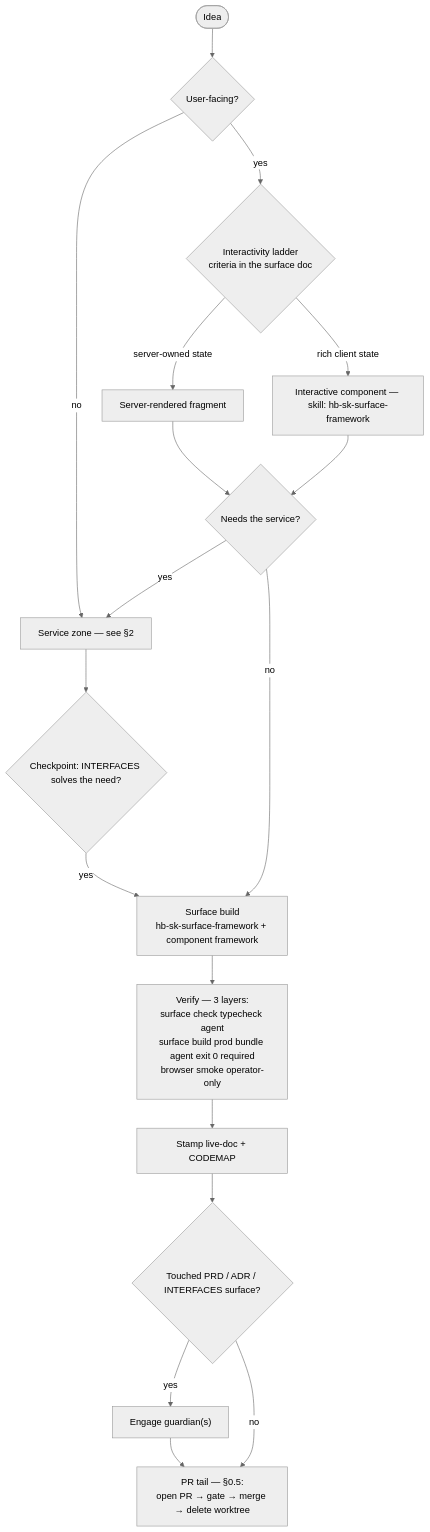
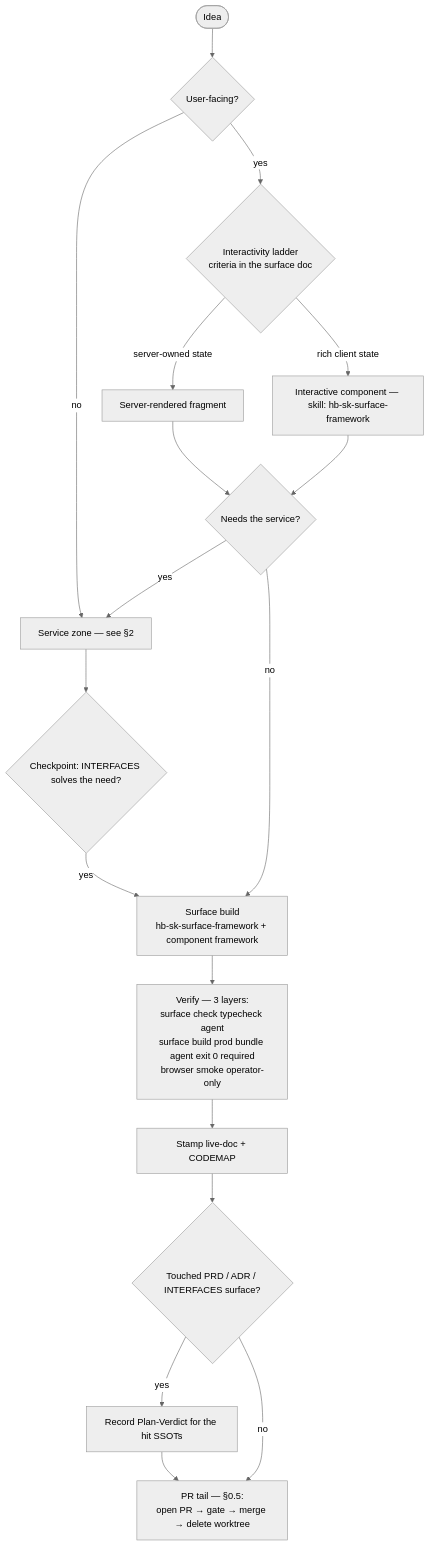
Before and after one commit to kodexArg/harness-base: the fourth of 7 diagrams in docs/DEVELOPMENT-LOOP.md, drawn with Mermaid (neutral theme). The commit also changed other lines of this file and 32 other files, not shown here.

First line of the commit message:
fix(harness): record SSOT merge-gate as Plan-Verdict only

````diff
--- a/docs/DEVELOPMENT-LOOP.md
+++ b/docs/DEVELOPMENT-LOOP.md
@@ -132,20 +132,20 @@
 ```mermaid
 flowchart TD
     I(["Idea"]) --> UF{"User-facing?"}
     UF -->|no| BE["Service zone — see §2"]
     UF -->|yes| LAD{"Interactivity ladder<br/>criteria in the surface doc"}
     LAD -->|server-owned state| FRAG["Server-rendered fragment"]
     LAD -->|rich client state| ISL["Interactive component — skill: hb-sk-surface-framework"]
     FRAG --> NB{"Needs the service?"}
     ISL --> NB
     NB -->|yes| BE
     NB -->|no| FE["Surface build<br/>hb-sk-surface-framework + component framework"]
     BE --> RET{"Checkpoint: INTERFACES solves the need?"}
     RET -->|yes| FE
     FE --> VER["Verify — 3 layers:<br/>surface check typecheck agent<br/>surface build prod bundle agent exit 0 required<br/>browser smoke operator-only"]
     VER --> LD["Stamp live-doc + CODEMAP"]
     LD --> GRD{"Touched PRD / ADR / INTERFACES surface?"}
-    GRD -->|yes| GUARD["Engage guardian(s)"]
+    GRD -->|yes| VERDICT["Record Plan-Verdict for the hit SSOTs"]
     GRD -->|no| PR["PR tail — §0.5:<br/>open PR → gate → merge → delete worktree"]
-    GUARD --> PR
+    VERDICT --> PR
 ```
````
